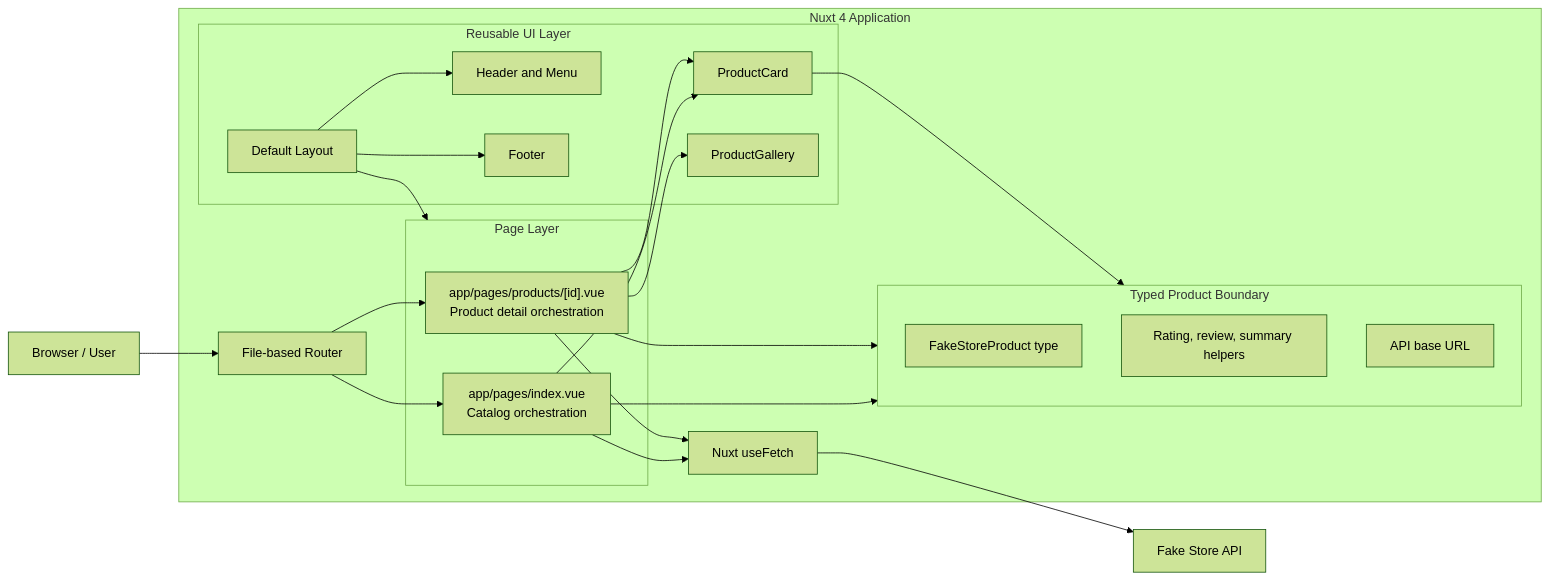
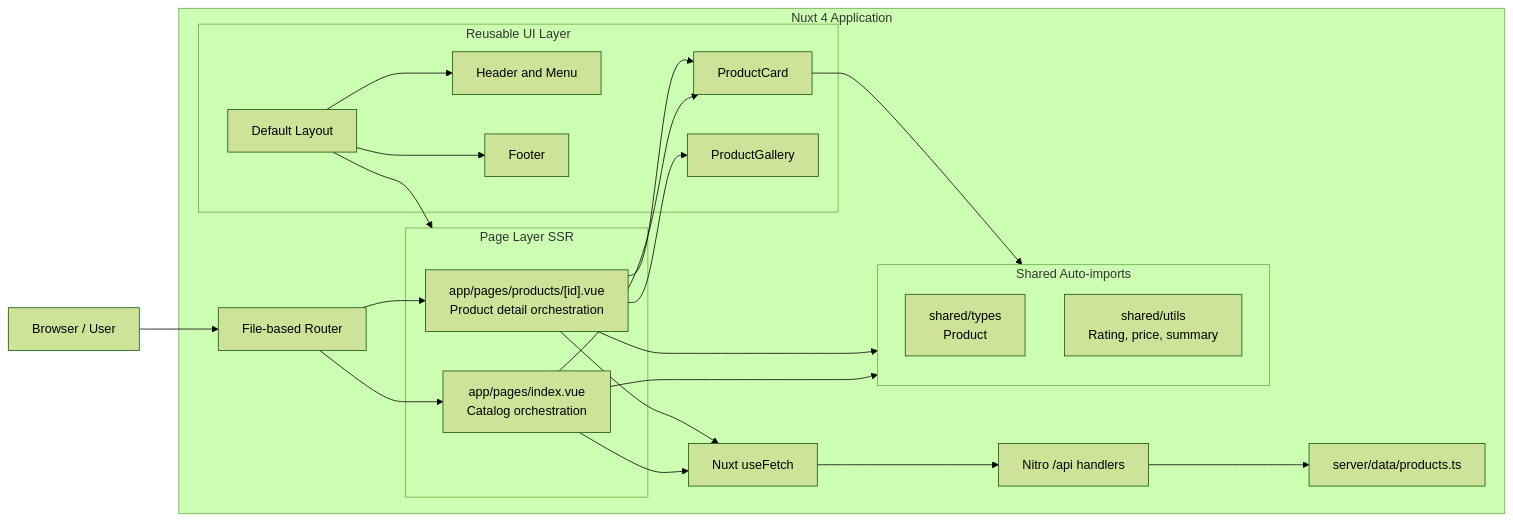
One commit to mohetios/nuxt-commerce-demo changed the first of 5 diagrams in README.md. Above: the diagram before and after it, drawn with Mermaid (forest theme). The commit also changed other lines of this file and 1 other file, not shown here.

First line of the commit message:
docs: document SSR architecture, demo API, and Cloudflare deploy

````diff
--- a/README.md
+++ b/README.md
@@ -62,51 +121,51 @@
 ```mermaid
 flowchart LR
     User[Browser / User]
 
     subgraph Nuxt[Nuxt 4 Application]
         Router[File-based Router]
 
-        subgraph Pages[Page Layer]
+        subgraph Pages[Page Layer SSR]
             Catalog["app/pages/index.vue\nCatalog orchestration"]
             Detail["app/pages/products/[id].vue\nProduct detail orchestration"]
         end
 
         subgraph UI[Reusable UI Layer]
             Layout[Default Layout]
             Header[Header and Menu]
             ProductCard[ProductCard]
             Gallery[ProductGallery]
             Footer[Footer]
         end
 
-        subgraph Domain[Typed Product Boundary]
-            Types[FakeStoreProduct type]
-            Helpers[Rating, review, summary helpers]
-            Config[API base URL]
+        subgraph Domain[Shared Auto-imports]
+            Types["shared/types\nProduct"]
+            Helpers["shared/utils\nRating, price, summary"]
         end
 
         Fetch[Nuxt useFetch]
+        Nitro[Nitro /api handlers]
+        DataPack[server/data/products.ts]
     end
-
-    API[Fake Store API]
 
     User --> Router
     Router --> Catalog
     Router --> Detail
 
     Catalog --> ProductCard
     Detail --> Gallery
     Detail --> ProductCard
 
     Layout --> Header
     Layout --> Footer
     Layout --> Pages
 
     Catalog --> Domain
     Detail --> Domain
     ProductCard --> Domain
 
     Catalog --> Fetch
     Detail --> Fetch
-    Fetch --> API
+    Fetch --> Nitro
+    Nitro --> DataPack
 ```
````
